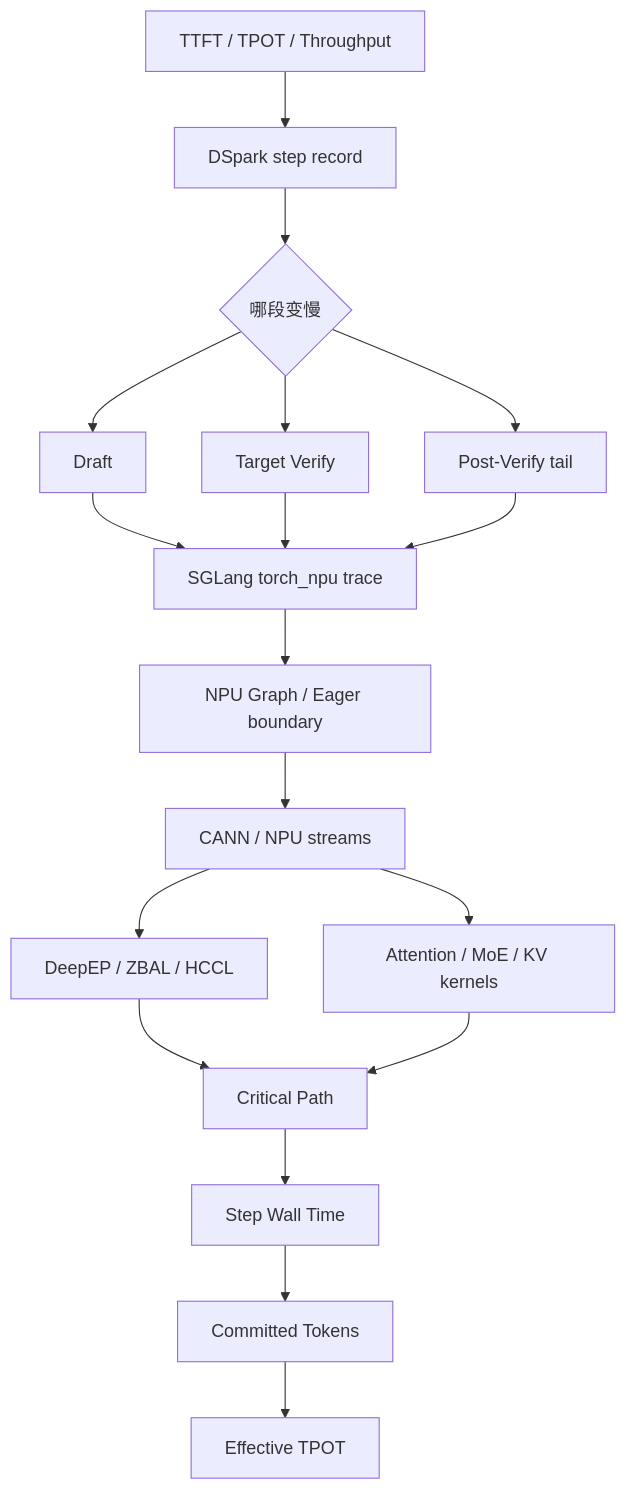
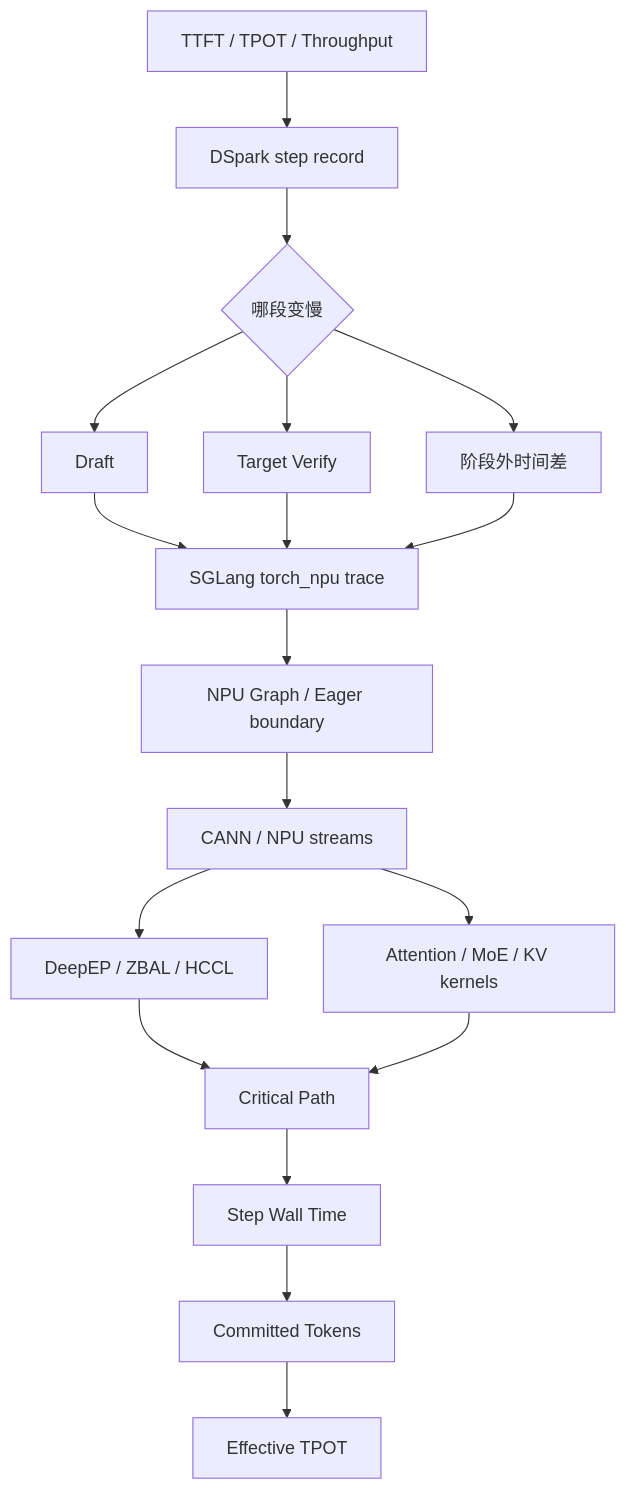
The second of 2 diagrams in docs/performance/deepseek-v4-speculative-decoding-ascend-profiling.md (AkiYangDev/llm-inference-notes), drawn with Mermaid before and after one commit. The commit also changed other lines of this file and 28 other files, not shown here.

```diff
--- a/docs/performance/deepseek-v4-speculative-decoding-ascend-profiling.md
+++ b/docs/performance/deepseek-v4-speculative-decoding-ascend-profiling.md
@@ -1070,23 +1071,23 @@
 ~~~mermaid
 flowchart TD
     A[TTFT / TPOT / Throughput] --> B[DSpark step record]
     B --> C{哪段变慢}
     C --> D[Draft]
     C --> E[Target Verify]
-    C --> F[Post-Verify tail]
+    C --> F[阶段外时间差]
 
     D --> G[SGLang torch_npu trace]
     E --> G
     F --> G
 
     G --> H[NPU Graph / Eager boundary]
     H --> I[CANN / NPU streams]
     I --> J[DeepEP / ZBAL / HCCL]
     I --> K[Attention / MoE / KV kernels]
 
     J --> L[Critical Path]
     K --> L
     L --> M[Step Wall Time]
     M --> N[Committed Tokens]
     N --> O[Effective TPOT]
 ~~~
```
